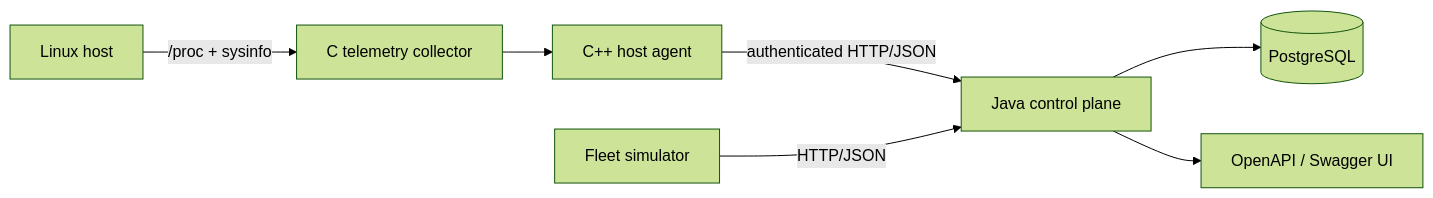
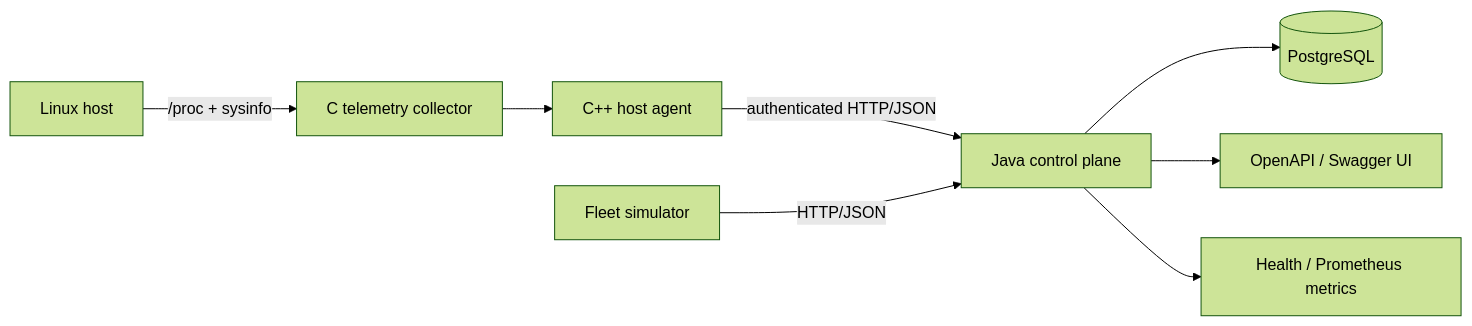
The diagram in README.md (yjr28/NorthStar), drawn with Mermaid (forest theme) before and after one commit. The commit also changed other lines of this file, not shown here.

Commit message:
Document control-plane metrics endpoints

````diff
--- a/README.md
+++ b/README.md
@@ -9,9 +9,10 @@
 ```mermaid
 flowchart LR
     H[Linux host] -->|/proc + sysinfo| C[C telemetry collector]
     C --> A[C++ host agent]
     A -->|authenticated HTTP/JSON| J[Java control plane]
     J --> P[(PostgreSQL)]
     S[Fleet simulator] -->|HTTP/JSON| J
     J --> O[OpenAPI / Swagger UI]
+    J --> M[Health / Prometheus metrics]
 ```
````
